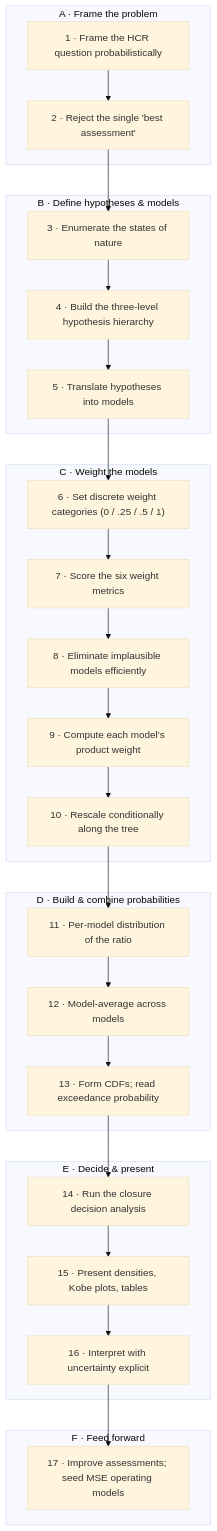
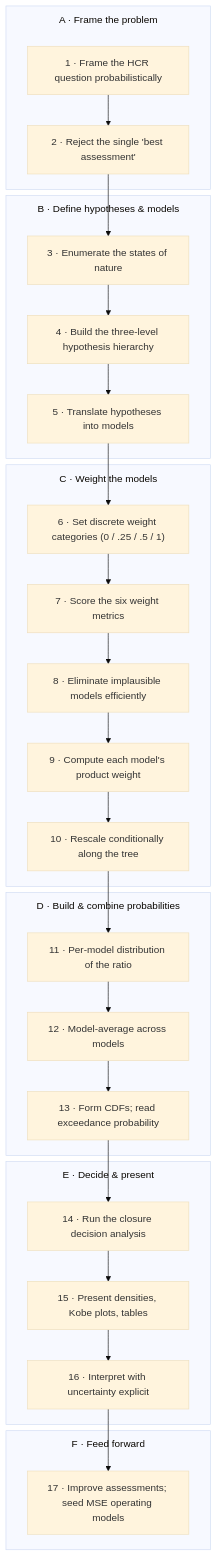
One commit to jcquiroz/jumbo-flying-squid changed the diagram in docs/SAC-11-risk-analysis-methodology.qmd. Above: the diagram before and after it, drawn with Mermaid (base theme). The commit also changed other lines of this file, not shown here.

First line of the commit message:
Fix Mermaid subgraph titles overlapping their first node

````diff
--- a/docs/SAC-11-risk-analysis-methodology.qmd
+++ b/docs/SAC-11-risk-analysis-methodology.qmd
@@ -329,28 +329,29 @@
 ```{mermaid}
 %%| label: fig-workflow
 %%| fig-cap: "Pragmatic risk-analysis workflow: seventeen steps grouped into six phases (A–F)."
+%%{init: {"flowchart": {"subGraphTitleMargin": {"top": 10, "bottom": 30}}}}%%
 flowchart TD
   subgraph A["A · Frame the problem"]
     S1["1 · Frame the HCR question probabilistically"] --> S2["2 · Reject the single 'best assessment'"]
   end
   subgraph B["B · Define hypotheses & models"]
     S3["3 · Enumerate the states of nature"] --> S4["4 · Build the three-level hypothesis hierarchy"] --> S5["5 · Translate hypotheses into models"]
   end
   subgraph C["C · Weight the models"]
     S6["6 · Set discrete weight categories (0 / .25 / .5 / 1)"] --> S7["7 · Score the six weight metrics"] --> S8["8 · Eliminate implausible models efficiently"] --> S9["9 · Compute each model's product weight"] --> S10["10 · Rescale conditionally along the tree"]
   end
   subgraph D["D · Build & combine probabilities"]
     S11["11 · Per-model distribution of the ratio"] --> S12["12 · Model-average across models"] --> S13["13 · Form CDFs; read exceedance probability"]
   end
   subgraph E["E · Decide & present"]
     S14["14 · Run the closure decision analysis"] --> S15["15 · Present densities, Kobe plots, tables"] --> S16["16 · Interpret with uncertainty explicit"]
   end
   subgraph F["F · Feed forward"]
     S17["17 · Improve assessments; seed MSE operating models"]
   end
   S2 --> S3
   S5 --> S6
   S10 --> S11
   S13 --> S14
   S16 --> S17
 ```
````
